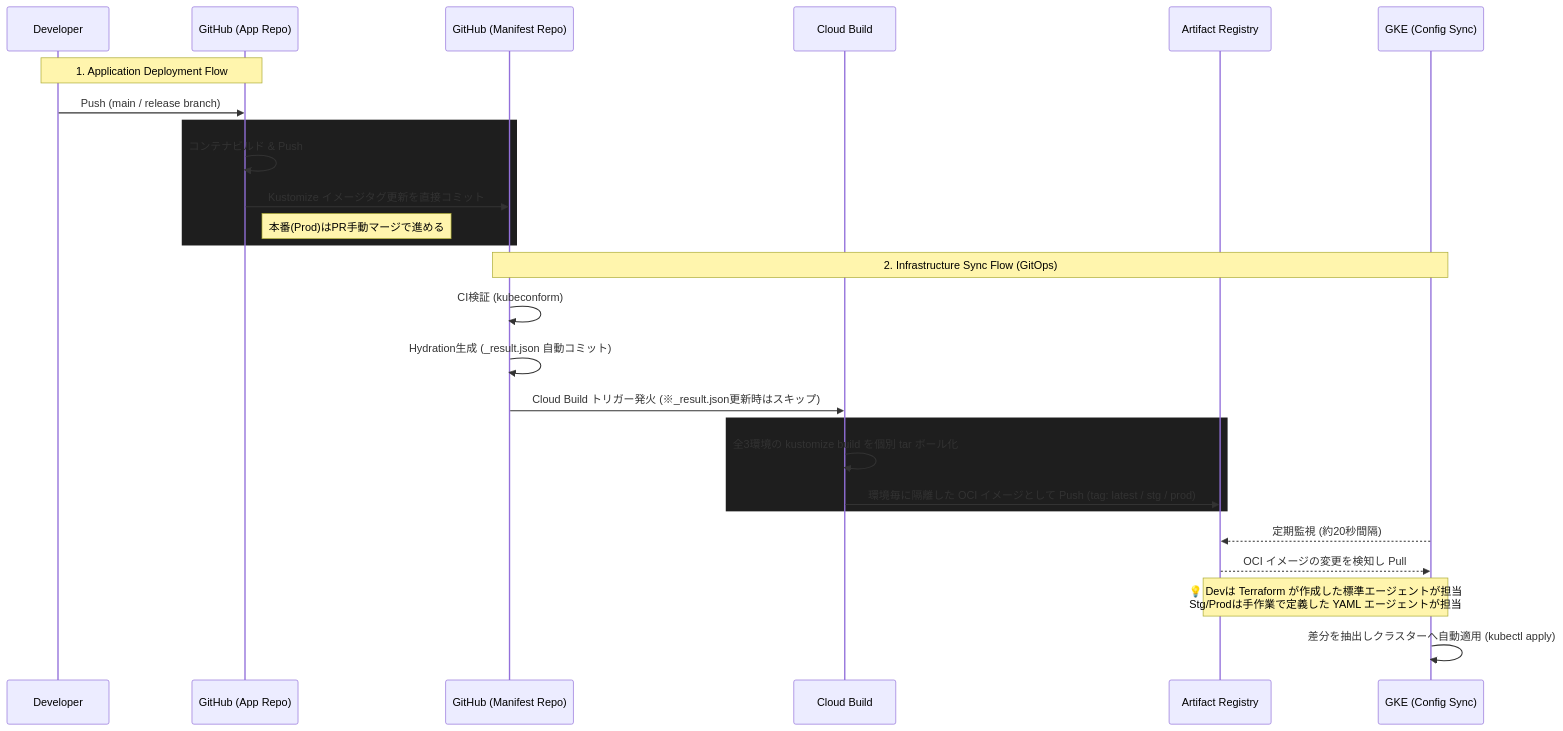
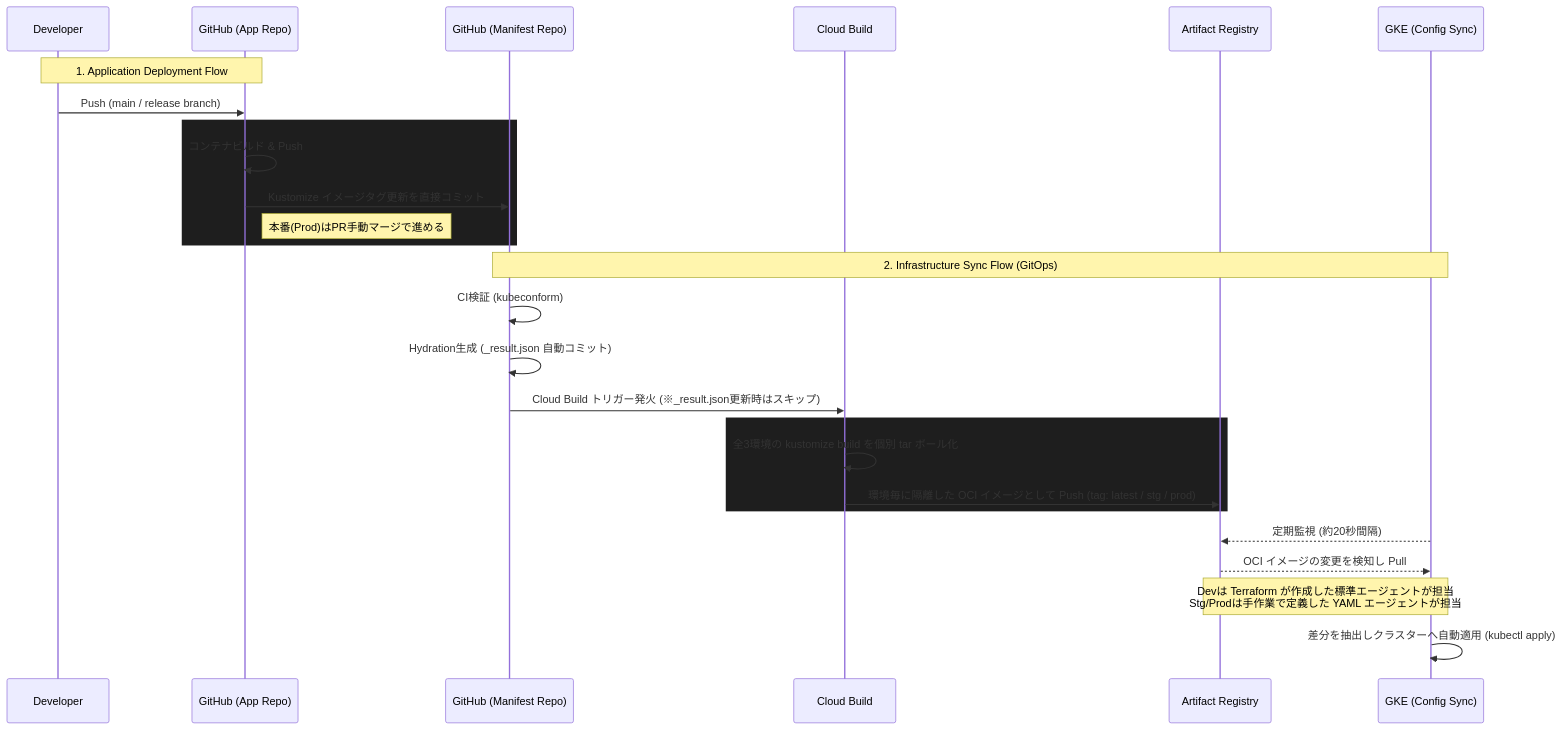
One commit to waxsd100/k8s-platform changed the diagram in docs/DEPLOYMENT_FLOW.md. Above: the diagram before and after it, drawn with Mermaid. The commit also changed other lines of this file and 1 other file, not shown here.

Commit message:
chore: pin kustomize version to v5.4.3 and add deployment flow documentation

````diff
--- a/docs/DEPLOYMENT_FLOW.md
+++ b/docs/DEPLOYMENT_FLOW.md
@@ -11,34 +11,34 @@
 ```mermaid
 sequenceDiagram
     participant Dev as Developer
     participant AppRepo as GitHub (App Repo)
     participant Manifest as GitHub (Manifest Repo)
     participant CB as Cloud Build
     participant GAR as Artifact Registry
     participant GKE as GKE (Config Sync)
 
     %% アプリケーションデプロイフロー
     Note over Dev,AppRepo: 1. Application Deployment Flow
     Dev->>AppRepo: Push (main / release branch)
     rect rgb(30, 30, 30)
         AppRepo->>AppRepo: コンテナビルド & Push
         AppRepo->>Manifest: Kustomize イメージタグ更新を直接コミット
         Note right of AppRepo: 本番(Prod)はPR手動マージで進める
     end
 
     %% マニフェスト適用フロー
     Note over Manifest,GKE: 2. Infrastructure Sync Flow (GitOps)
     Manifest->>Manifest: CI検証 (kubeconform)
     Manifest->>Manifest: Hydration生成 (_result.json 自動コミット)
     
     Manifest->>CB: Cloud Build トリガー発火 (※_result.json更新時はスキップ)
     rect rgb(30, 30, 30)
         CB->>CB: 全3環境の kustomize build を個別 tar ボール化
         CB->>GAR: 環境毎に隔離した OCI イメージとして Push (tag: latest / stg / prod)
     end
     
     GKE-->>GAR: 定期監視 (約20秒間隔)
     GAR-->>GKE: OCI イメージの変更を検知し Pull
-    Note over GAR,GKE: 💡 Devは Terraform が作成した標準エージェントが担当<br/>Stg/Prodは手作業で定義した YAML エージェントが担当
+    Note over GAR,GKE: Devは Terraform が作成した標準エージェントが担当<br/>Stg/Prodは手作業で定義した YAML エージェントが担当
     GKE->>GKE: 差分を抽出しクラスターへ自動適用 (kubectl apply)
 ```
````
